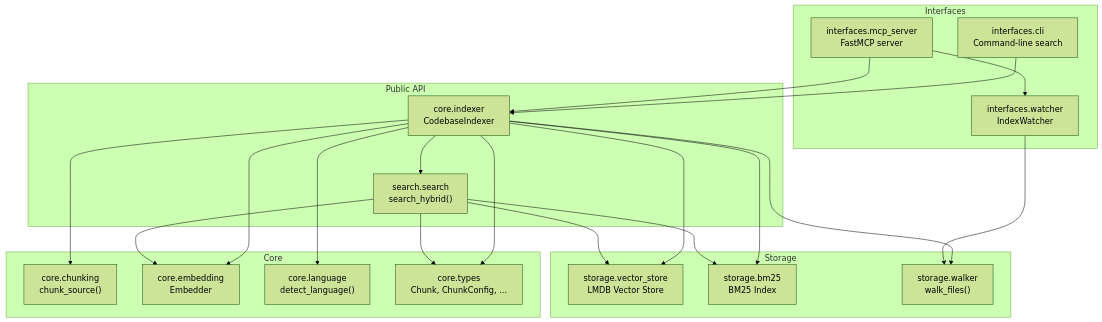
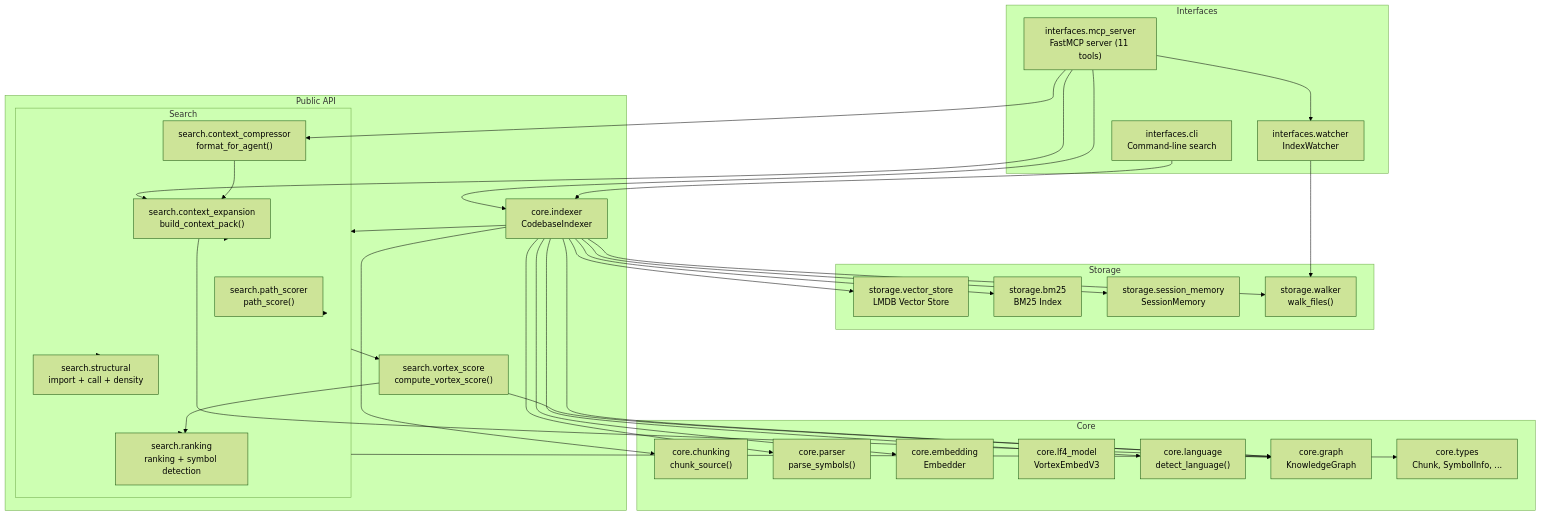
One commit to OEvortex/vortexa changed the third of 3 diagrams in README.md. Above: the diagram before and after it, drawn with Mermaid (forest theme). The commit also changed other lines of this file and 30 other files, not shown here.

````diff
--- a/README.md
+++ b/README.md
@@ -437,45 +563,70 @@
 ```mermaid
 graph TD
     subgraph "Public API"
         Indexer["core.indexer<br/>CodebaseIndexer"]
         Search["search.search<br/>search_hybrid()"]
+        VortexScore["search.vortex_score<br/>compute_vortex_score()"]
     end
 
     subgraph "Core"
         Chunking["core.chunking<br/>chunk_source()"]
+        Parser["core.parser<br/>parse_symbols()"]
         Embedding["core.embedding<br/>Embedder"]
+        LF4["core.lf4_model<br/>VortexEmbedV3"]
         Language["core.language<br/>detect_language()"]
-        Types["core.types<br/>Chunk, ChunkConfig, ..."]
+        Graph["core.graph<br/>KnowledgeGraph"]
+        Types["core.types<br/>Chunk, SymbolInfo, ..."]
     end
 
     subgraph "Storage"
         VectorStore["storage.vector_store<br/>LMDB Vector Store"]
         BM25["storage.bm25<br/>BM25 Index"]
+        Session["storage.session_memory<br/>SessionMemory"]
         Walker["storage.walker<br/>walk_files()"]
+    end
+
+    subgraph "Search"
+        PathScorer["search.path_scorer<br/>path_score()"]
+        Structural["search.structural<br/>import + call + density"]
+        ContextExpansion["search.context_expansion<br/>build_context_pack()"]
+        ContextCompressor["search.context_compressor<br/>format_for_agent()"]
+        Ranking["search.ranking<br/>ranking + symbol detection"]
     end
 
     subgraph "Interfaces"
         CLI["interfaces.cli<br/>Command-line search"]
-        MCP["interfaces.mcp_server<br/>FastMCP server"]
+        MCP["interfaces.mcp_server<br/>FastMCP server (11 tools)"]
         Watcher["interfaces.watcher<br/>IndexWatcher"]
     end
 
     Indexer --> Chunking
+    Indexer --> Parser
     Indexer --> Embedding
     Indexer --> Language
-    Indexer --> Types
+    Indexer --> Graph
     Indexer --> VectorStore
     Indexer --> BM25
+    Indexer --> Session
+    Indexer --> Search
     Indexer --> Walker
-    Indexer --> Search
 
-    Search --> Embedding
-    Search --> VectorStore
-    Search --> BM25
+    Search --> VortexScore
+    Search --> PathScorer
+    Search --> Structural
+    Search --> Ranking
     Search --> Types
+
+    VortexScore --> Graph
+    VortexScore --> Ranking
+
+    ContextExpansion --> Graph
+    ContextExpansion --> Search
+    ContextCompressor --> ContextExpansion
 
     CLI --> Indexer
     MCP --> Indexer
+    MCP --> ContextExpansion
+    MCP --> ContextCompressor
     MCP --> Watcher
     Watcher --> Walker
 ```
````
